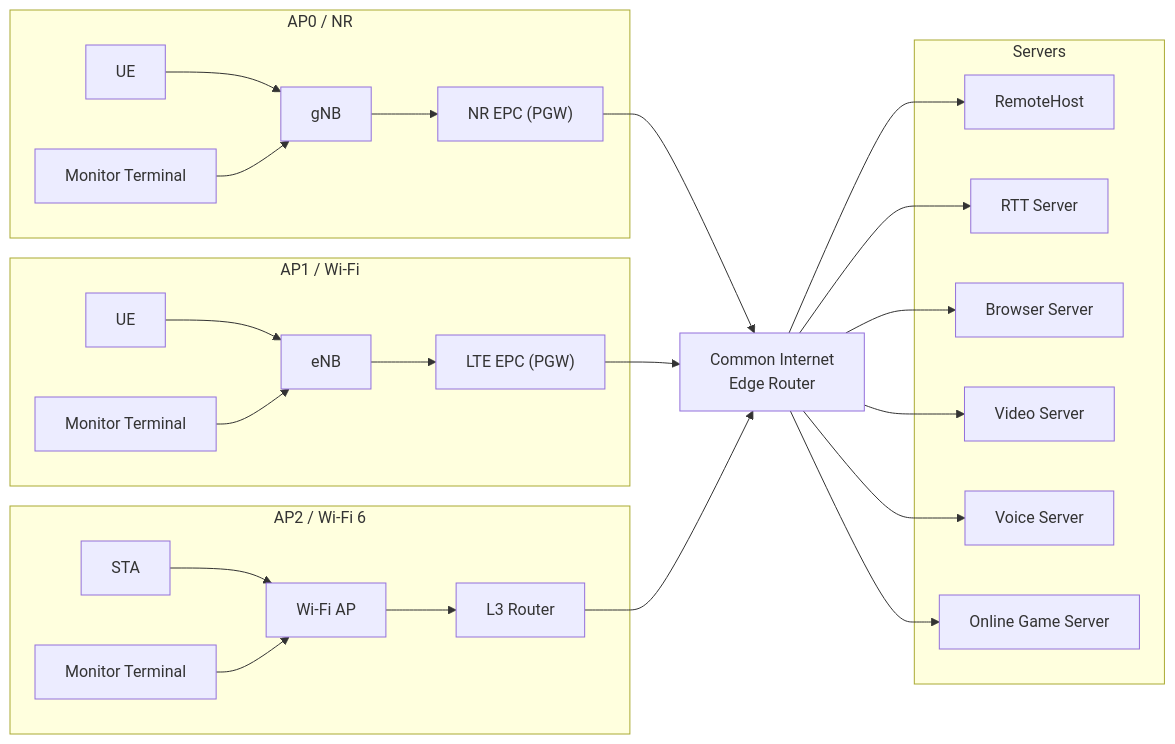
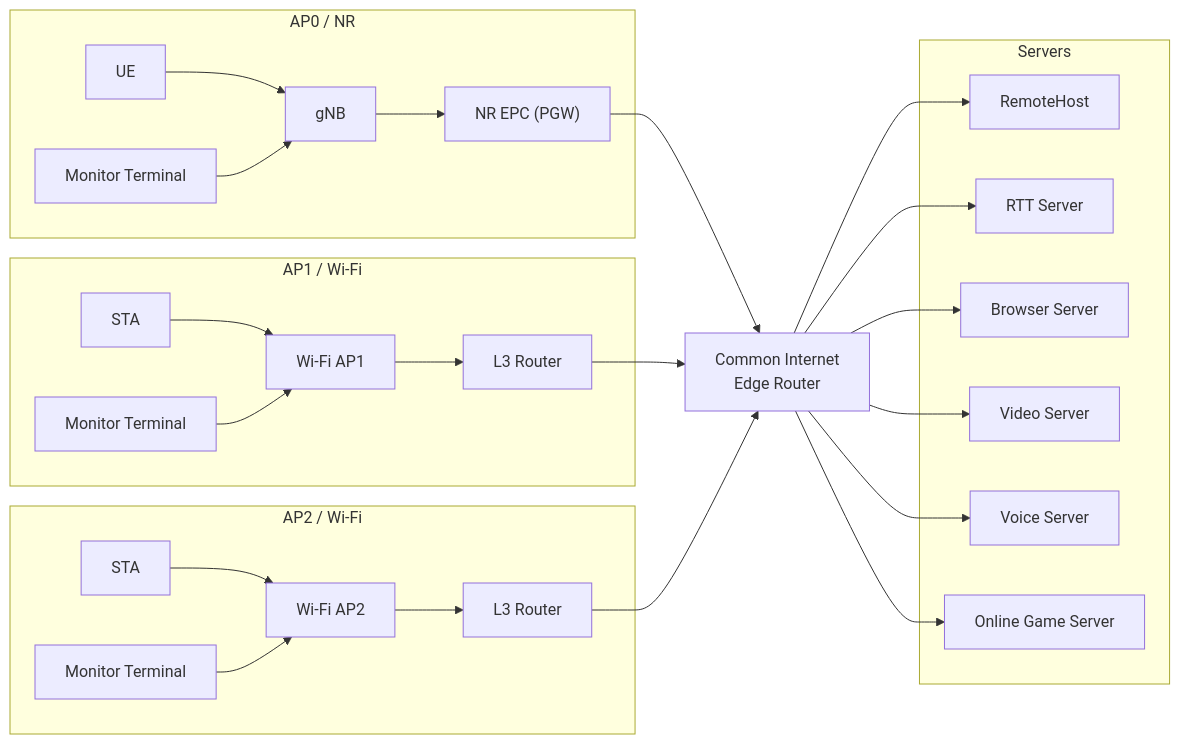
One commit to Sota-Okochi/ns-3.44 changed the diagram in README.md. Above: the diagram before and after it, drawn with Mermaid. The commit also changed other lines of this file, not shown here.

````diff
--- a/README.md
+++ b/README.md
@@ -21,56 +22,56 @@
 ```mermaid
 flowchart LR
     %% --- Groups ---
     subgraph GNR["AP0 / NR"]
         NRUE["UE"]
         NRMON["Monitor Terminal"]
         gNB["gNB"]
         NREPC["NR EPC (PGW)"]
         NRUE --> gNB
         NRMON --> gNB
         gNB --> NREPC
     end
 
-    subgraph GLTE["AP1 / Wi-Fi"]
-        LTEUE["UE"]
-        LTEMON["Monitor Terminal"]
-        eNB["eNB"]
-        LTEEPC["LTE EPC (PGW)"]
-        LTEUE --> eNB
-        LTEMON --> eNB
-        eNB --> LTEEPC
+    subgraph GWiFi1["AP1 / Wi-Fi"]
+        WIFI1STA["STA"]
+        WIFI1MON["Monitor Terminal"]
+        WIFI1AP["Wi-Fi AP1"]
+        WIFI1R["L3 Router"]
+        WIFI1STA --> WIFI1AP
+        WIFI1MON --> WIFI1AP
+        WIFI1AP --> WIFI1R
     end
 
-    subgraph GWiFi["AP2 / Wi-Fi 6"]
-        STA["STA"]
-        WIFIMON["Monitor Terminal"]
-        AP["Wi-Fi AP"]
-        L3R["L3 Router"]
-        STA --> AP
-        WIFIMON --> AP
-        AP --> L3R
+    subgraph GWiFi2["AP2 / Wi-Fi"]
+        WIFI2STA["STA"]
+        WIFI2MON["Monitor Terminal"]
+        WIFI2AP["Wi-Fi AP2"]
+        WIFI2R["L3 Router"]
+        WIFI2STA --> WIFI2AP
+        WIFI2MON --> WIFI2AP
+        WIFI2AP --> WIFI2R
     end
 
     subgraph Servers["Servers"]
         RH["RemoteHost"]
         RTT["RTT Server"]
         BRW["Browser Server"]
         VID["Video Server"]
         VOI["Voice Server"]
         GAM["Online Game Server"]
     end
 
     %% --- Core Edge ---
     CER["Common Internet<br/>Edge Router"]
     NREPC --> CER
-    LTEEPC --> CER
-    L3R --> CER
+    WIFI1R --> CER
+    WIFI2R --> CER
 
     %% --- Fan-out to servers ---
     CER --> RH
     CER --> RTT
     CER --> BRW
     CER --> VID
     CER --> VOI
     CER --> GAM
 ```
````
